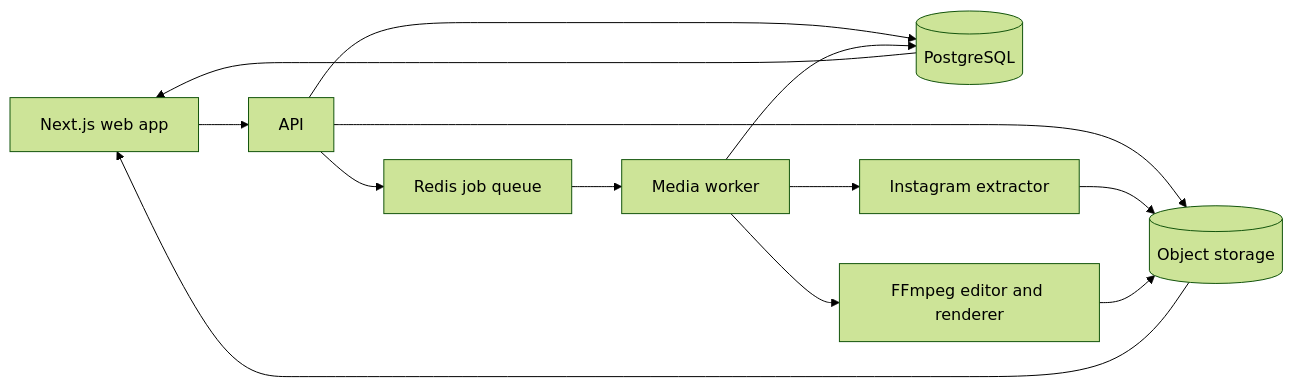
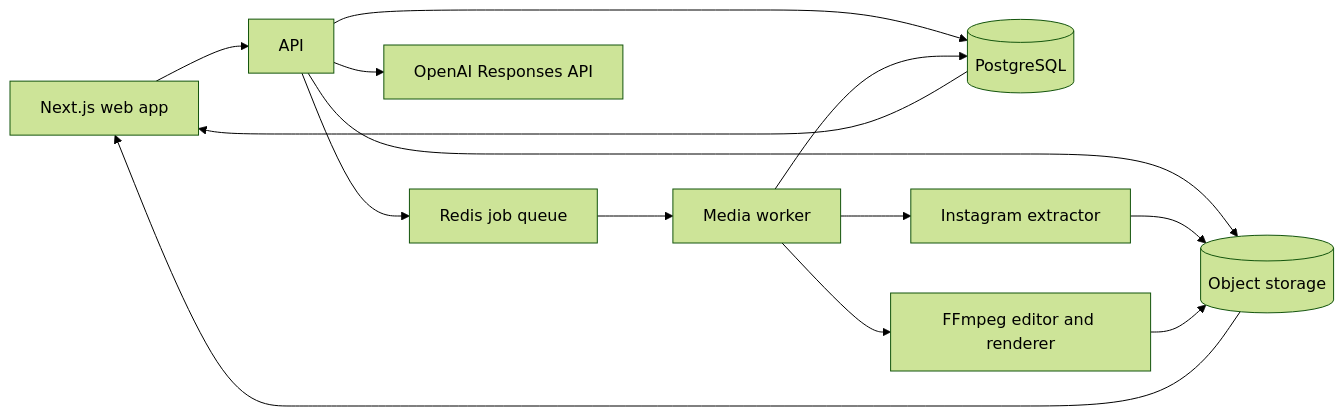
The diagram in README.md (ujwal9170/editing-site), drawn with Mermaid (forest theme) before and after one commit. The commit also changed other lines of this file, not shown here.

````diff
--- a/README.md
+++ b/README.md
@@ -24,15 +26,16 @@
 ```mermaid
 flowchart LR
     A[Next.js web app] --> B[API]
     B --> C[(PostgreSQL)]
     B --> D[(Object storage)]
     B --> E[Redis job queue]
     E --> F[Media worker]
     F --> G[Instagram extractor]
     F --> H[FFmpeg editor and renderer]
+    B --> I[OpenAI Responses API]
     G --> D
     H --> D
     F --> C
     C --> A
     D --> A
 ```
````
